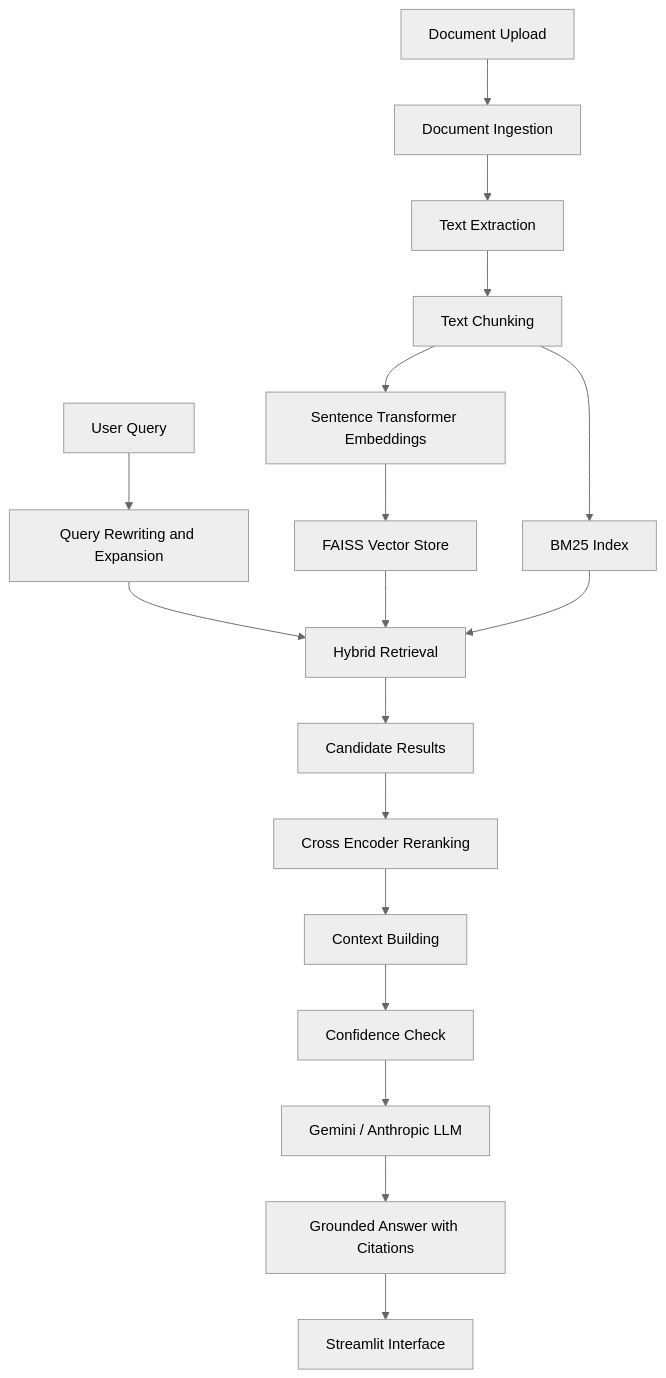
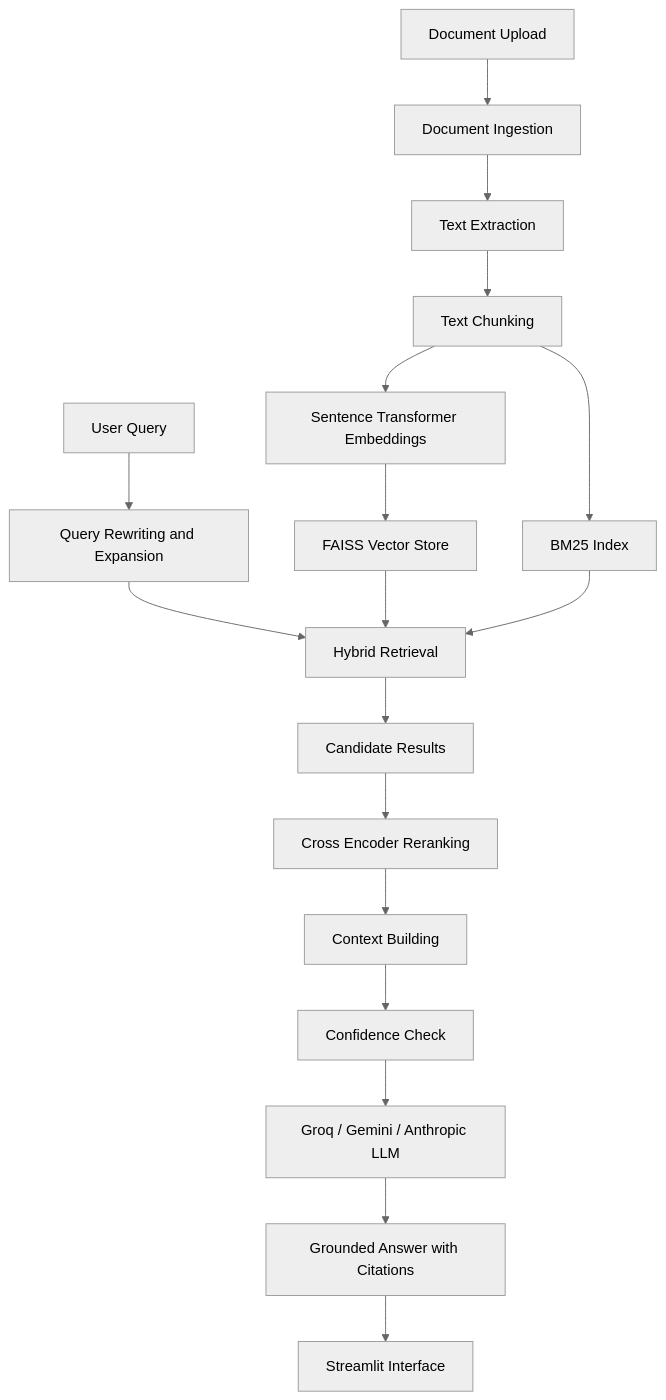
Before and after one commit to priii-236/DocuMind-AI-RAG: the diagram in README.md, drawn with Mermaid (neutral theme). The commit also changed other lines of this file, not shown here.

Commit message:
Update README for Groq integration

````diff
--- a/README.md
+++ b/README.md
@@ -83,23 +84,23 @@
 ```mermaid
 flowchart TD
     A[Document Upload] --> B[Document Ingestion]
     B --> C[Text Extraction]
     C --> D[Text Chunking]
     D --> E[Sentence Transformer Embeddings]
     E --> F[FAISS Vector Store]
     D --> G[BM25 Index]
 
     H[User Query] --> I[Query Rewriting and Expansion]
     I --> J[Hybrid Retrieval]
     F --> J
     G --> J
 
     J --> K[Candidate Results]
     K --> L[Cross Encoder Reranking]
     L --> M[Context Building]
     M --> N[Confidence Check]
 
-    N --> O[Gemini / Anthropic LLM]
+    N --> O[Groq / Gemini / Anthropic LLM]
     O --> P[Grounded Answer with Citations]
     P --> Q[Streamlit Interface]
 ```
````
